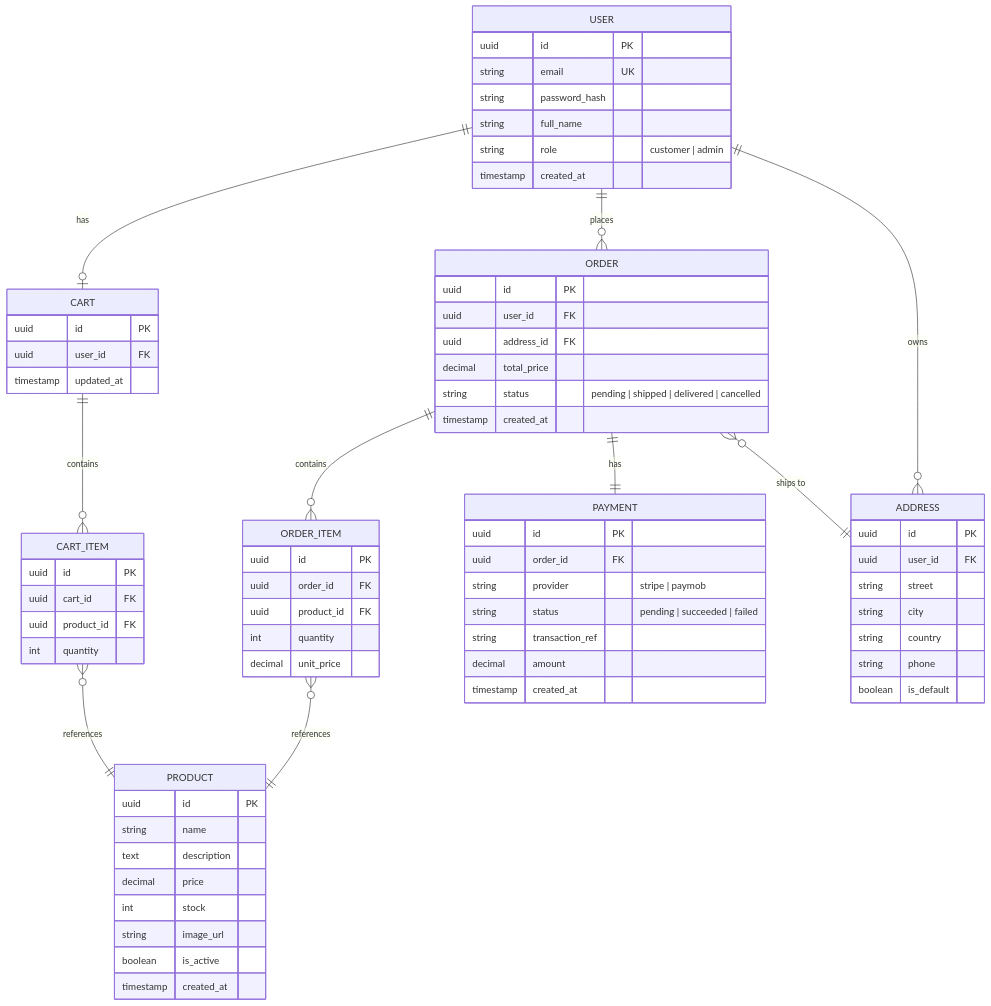
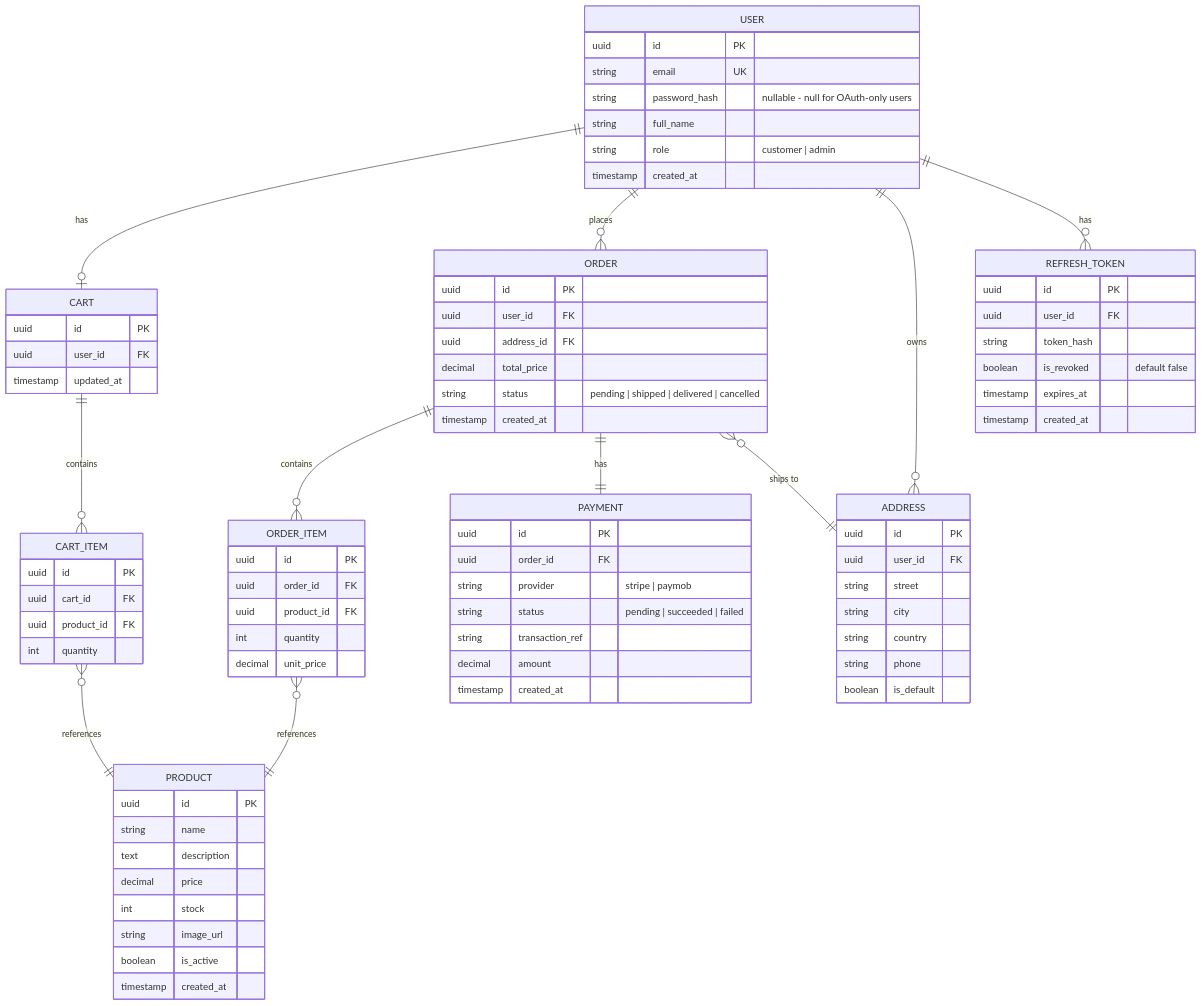
One commit to OsamaElshaer/ecommerce-store changed the diagram in docs/backend/ERD.md. Above: the diagram before and after it, drawn with Mermaid. The commit also changed 10 other files, not shown here.

Commit message:
feat(auth): implement JWT refresh token rotation

````diff
--- a/docs/backend/ERD.md
+++ b/docs/backend/ERD.md
@@ -13,6 +13,7 @@
     USER ||--o| CART : has
     USER ||--o{ ORDER : places
     USER ||--o{ ADDRESS : owns
+    USER ||--o{ REFRESH_TOKEN : has
     CART ||--o{ CART_ITEM : contains
     CART_ITEM }o--|| PRODUCT : references
     ORDER ||--o{ ORDER_ITEM : contains
@@ -23,7 +24,7 @@
     USER {
         uuid id PK
         string email UK
-        string password_hash
+        string password_hash "nullable - null for OAuth-only users"
         string full_name
         string role "customer | admin"
         timestamp created_at
@@ -89,4 +90,13 @@
         decimal amount
         timestamp created_at
     }
+
+    REFRESH_TOKEN {
+        uuid id PK
+        uuid user_id FK
+        string token_hash
+        boolean is_revoked "default false"
+        timestamp expires_at
+        timestamp created_at
+    }
 ```
````
